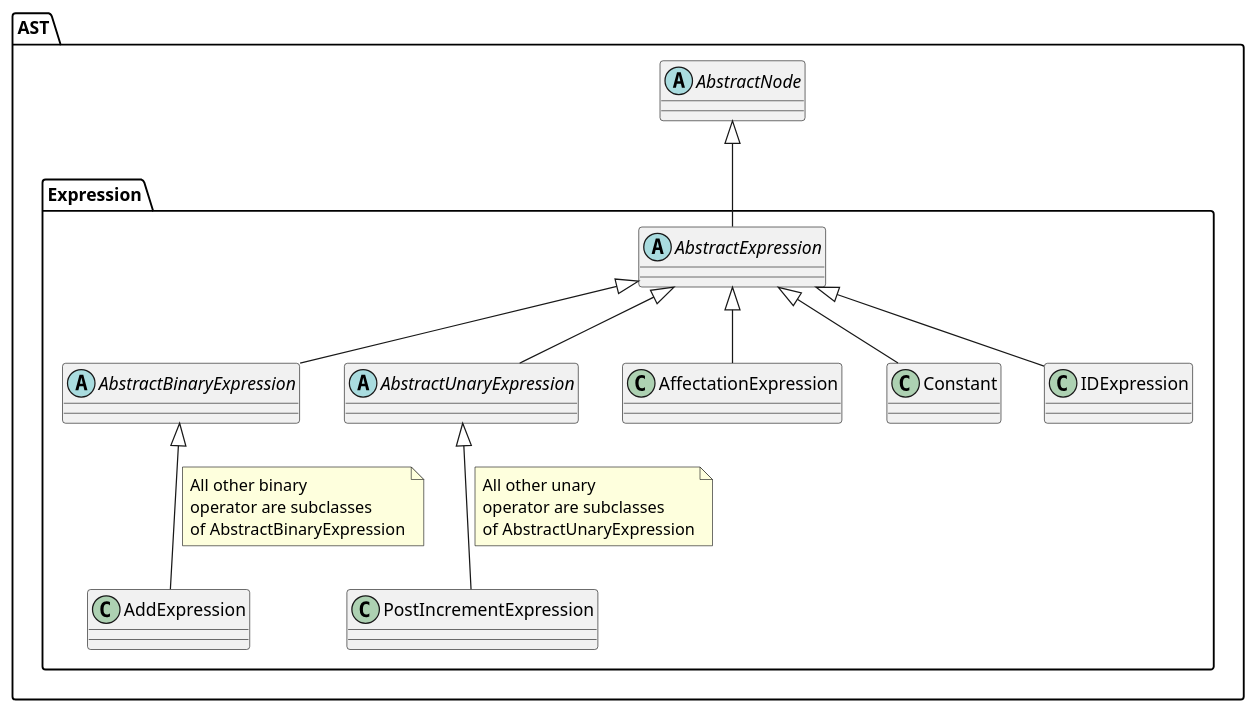
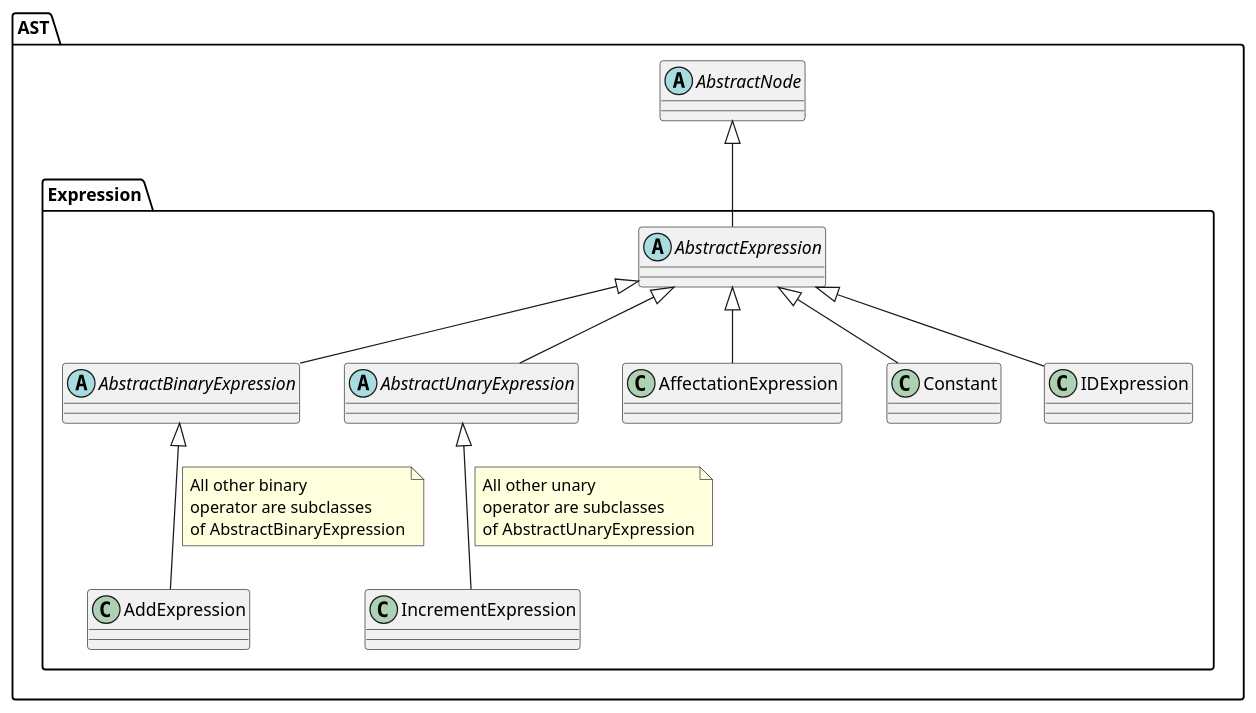
Before and after one commit to H4211-2017/pld-comp: the diagram in documentation/uml/class_Expression.puml, drawn with PlantUML. The commit also changed 8 other files, not shown here.

```diff
--- a/documentation/uml/class_Expression.puml
+++ b/documentation/uml/class_Expression.puml
@@ -1,32 +1,32 @@
 @startuml
 
 package AST {
     abstract class AbstractNode
     
     package Expression {
         abstract class AbstractExpression
         abstract class AbstractBinaryExpression
         abstract class AbstractUnaryExpression
         class AddExpression
         class AffectationExpression
         class Constant
         class IDExpression
-        class PostIncrementExpression
+        class IncrementExpression
     }
 }
 
 AbstractNode <|-- AbstractExpression
 
 AbstractExpression <|-- AbstractBinaryExpression
 AbstractExpression <|-- AffectationExpression
 AbstractExpression <|-- Constant
 AbstractExpression <|-- IDExpression
 AbstractExpression <|-- AbstractUnaryExpression
 
 AbstractBinaryExpression <|-- AddExpression
 note on link : All other binary \noperator are subclasses \nof AbstractBinaryExpression
 
-AbstractUnaryExpression <|-- PostIncrementExpression
+AbstractUnaryExpression <|-- IncrementExpression
 note on link : All other unary \noperator are subclasses \nof AbstractUnaryExpression
 
 @enduml
```
